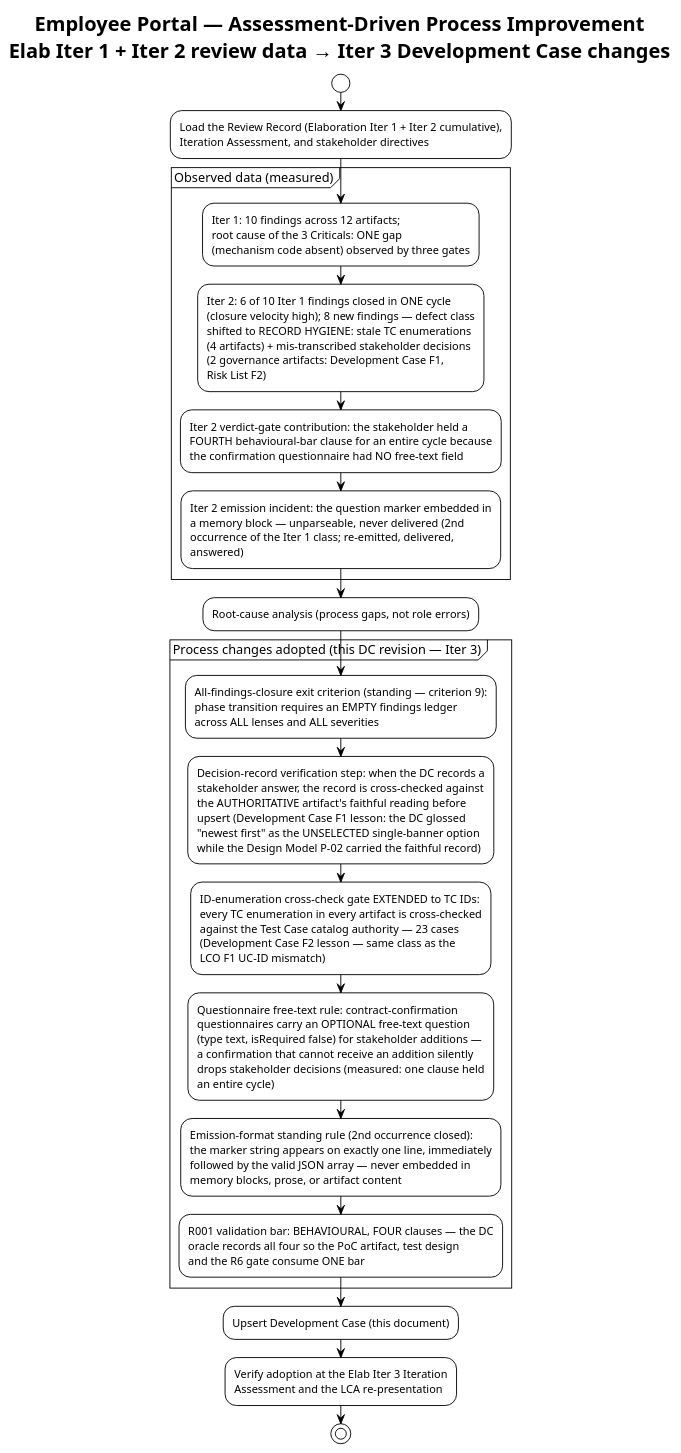
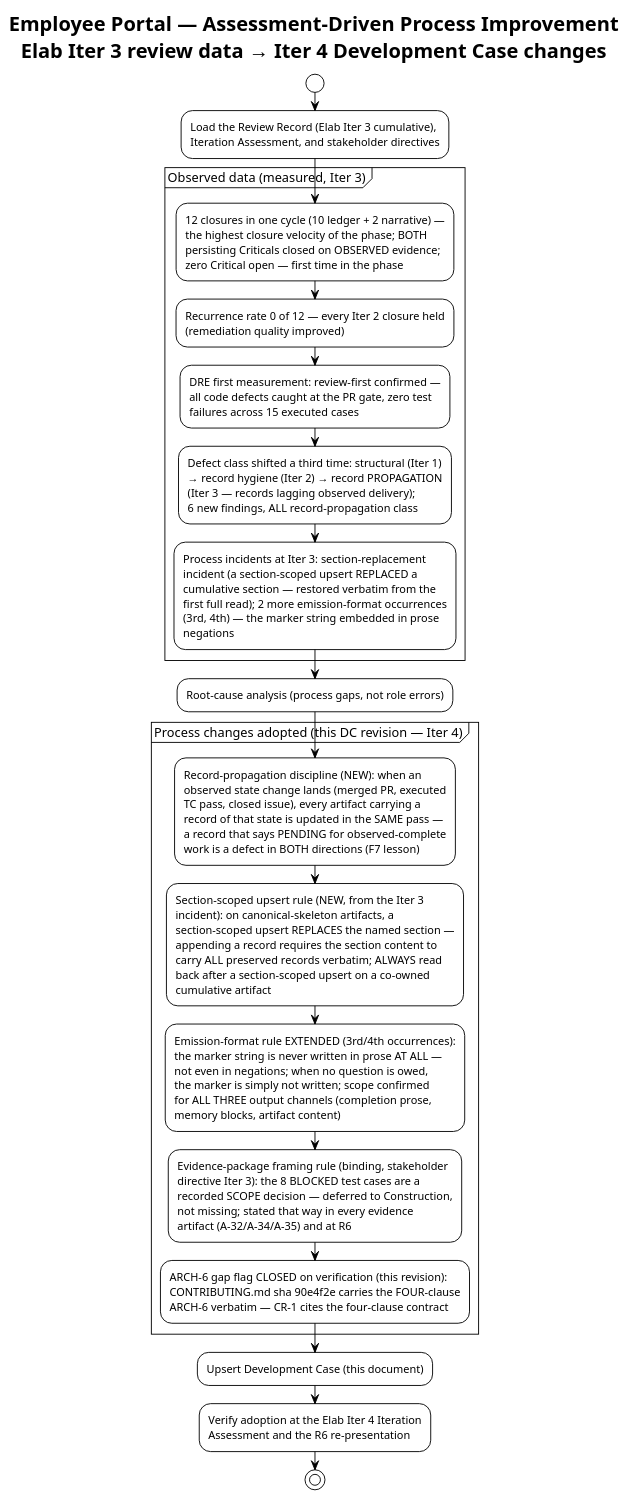
One commit to banense-test/employee-portal changed the fourth of 4 diagrams in docs/artifacts/environment/development-case.md. Above: the diagram before and after it, drawn with PlantUML. The commit also changed other lines of this file, not shown here.

First line of the commit message:
Process Engineer [E4]: upsert Development Case

````diff
--- a/docs/artifacts/environment/development-case.md
+++ b/docs/artifacts/environment/development-case.md
@@ -376,29 +304,29 @@
 ```plantuml
 @startuml
 !theme plain
-title Employee Portal — Assessment-Driven Process Improvement\nElab Iter 1 + Iter 2 review data → Iter 3 Development Case changes
+title Employee Portal — Assessment-Driven Process Improvement\nElab Iter 3 review data → Iter 4 Development Case changes
 
 start
-:Load the Review Record (Elaboration Iter 1 + Iter 2 cumulative),
+:Load the Review Record (Elab Iter 3 cumulative),
 Iteration Assessment, and stakeholder directives;
-partition "Observed data (measured)" {
-  :Iter 1: 10 findings across 12 artifacts;\nroot cause of the 3 Criticals: ONE gap\n(mechanism code absent) observed by three gates;
-  :Iter 2: 6 of 10 Iter 1 findings closed in ONE cycle\n(closure velocity high); 8 new findings — defect class\nshifted to RECORD HYGIENE: stale TC enumerations\n(4 artifacts) + mis-transcribed stakeholder decisions\n(2 governance artifacts: Development Case F1,\nRisk List F2);
-  :Iter 2 verdict-gate contribution: the stakeholder held a\nFOURTH behavioural-bar clause for an entire cycle because\nthe confirmation questionnaire had NO free-text field;
-  :Iter 2 emission incident: the question marker embedded in\na memory block — unparseable, never delivered (2nd\noccurrence of the Iter 1 class; re-emitted, delivered,\nanswered);
+partition "Observed data (measured, Iter 3)" {
+  :12 closures in one cycle (10 ledger + 2 narrative) —\nthe highest closure velocity of the phase; BOTH\npersisting Criticals closed on OBSERVED evidence;\nzero Critical open — first time in the phase;
+  :Recurrence rate 0 of 12 — every Iter 2 closure held\n(remediation quality improved);
+  :DRE first measurement: review-first confirmed —\nall code defects caught at the PR gate, zero test\nfailures across 15 executed cases;
+  :Defect class shifted a third time: structural (Iter 1)\n→ record hygiene (Iter 2) → record PROPAGATION\n(Iter 3 — records lagging observed delivery);\n6 new findings, ALL record-propagation class;
+  :Process incidents at Iter 3: section-replacement\nincident (a section-scoped upsert REPLACED a\ncumulative section — restored verbatim from the\nfirst full read); 2 more emission-format occurrences\n(3rd, 4th) — the marker string embedded in prose\nnegations;
 }
 :Root-cause analysis (process gaps, not role errors);
-partition "Process changes adopted (this DC revision — Iter 3)" {
-  :All-findings-closure exit criterion (standing — criterion 9):\nphase transition requires an EMPTY findings ledger\nacross ALL lenses and ALL severities;
-  :Decision-record verification step: when the DC records a\nstakeholder answer, the record is cross-checked against\nthe AUTHORITATIVE artifact's faithful reading before\nupsert (Development Case F1 lesson: the DC glossed\n"newest first" as the UNSELECTED single-banner option\nwhile the Design Model P-02 carried the faithful record);
-  :ID-enumeration cross-check gate EXTENDED to TC IDs:\nevery TC enumeration in every artifact is cross-checked\nagainst the Test Case catalog authority — 23 cases\n(Development Case F2 lesson — same class as the\nLCO F1 UC-ID mismatch);
-  :Questionnaire free-text rule: contract-confirmation\nquestionnaires carry an OPTIONAL free-text question\n(type text, isRequired false) for stakeholder additions —\na confirmation that cannot receive an addition silently\ndrops stakeholder decisions (measured: one clause held\nan entire cycle);
-  :Emission-format standing rule (2nd occurrence closed):\nthe marker string appears on exactly one line, immediately\nfollowed by the valid JSON array — never embedded in\nmemory blocks, prose, or artifact content;
-  :R001 validation bar: BEHAVIOURAL, FOUR clauses — the DC\noracle records all four so the PoC artifact, test design\nand the R6 gate consume ONE bar;
+partition "Process changes adopted (this DC revision — Iter 4)" {
+  :Record-propagation discipline (NEW): when an\nobserved state change lands (merged PR, executed\nTC pass, closed issue), every artifact carrying a\nrecord of that state is updated in the SAME pass —\na record that says PENDING for observed-complete\nwork is a defect in BOTH directions (F7 lesson);
+  :Section-scoped upsert rule (NEW, from the Iter 3\nincident): on canonical-skeleton artifacts, a\nsection-scoped upsert REPLACES the named section —\nappending a record requires the section content to\ncarry ALL preserved records verbatim; ALWAYS read\nback after a section-scoped upsert on a co-owned\ncumulative artifact;
+  :Emission-format rule EXTENDED (3rd/4th occurrences):\nthe marker string is never written in prose AT ALL —\nnot even in negations; when no question is owed,\nthe marker is simply not written; scope confirmed\nfor ALL THREE output channels (completion prose,\nmemory blocks, artifact content);
+  :Evidence-package framing rule (binding, stakeholder\ndirective Iter 3): the 8 BLOCKED test cases are a\nrecorded SCOPE decision — deferred to Construction,\nnot missing; stated that way in every evidence\nartifact (A-32/A-34/A-35) and at R6;
+  :ARCH-6 gap flag CLOSED on verification (this revision):\nCONTRIBUTING.md sha 90e4f2e carries the FOUR-clause\nARCH-6 verbatim — CR-1 cites the four-clause contract;
 }
 :Upsert Development Case (this document);
-:Verify adoption at the Elab Iter 3 Iteration
-Assessment and the LCA re-presentation;
+:Verify adoption at the Elab Iter 4 Iteration
+Assessment and the R6 re-presentation;
 stop
 @enduml
 ```
````
